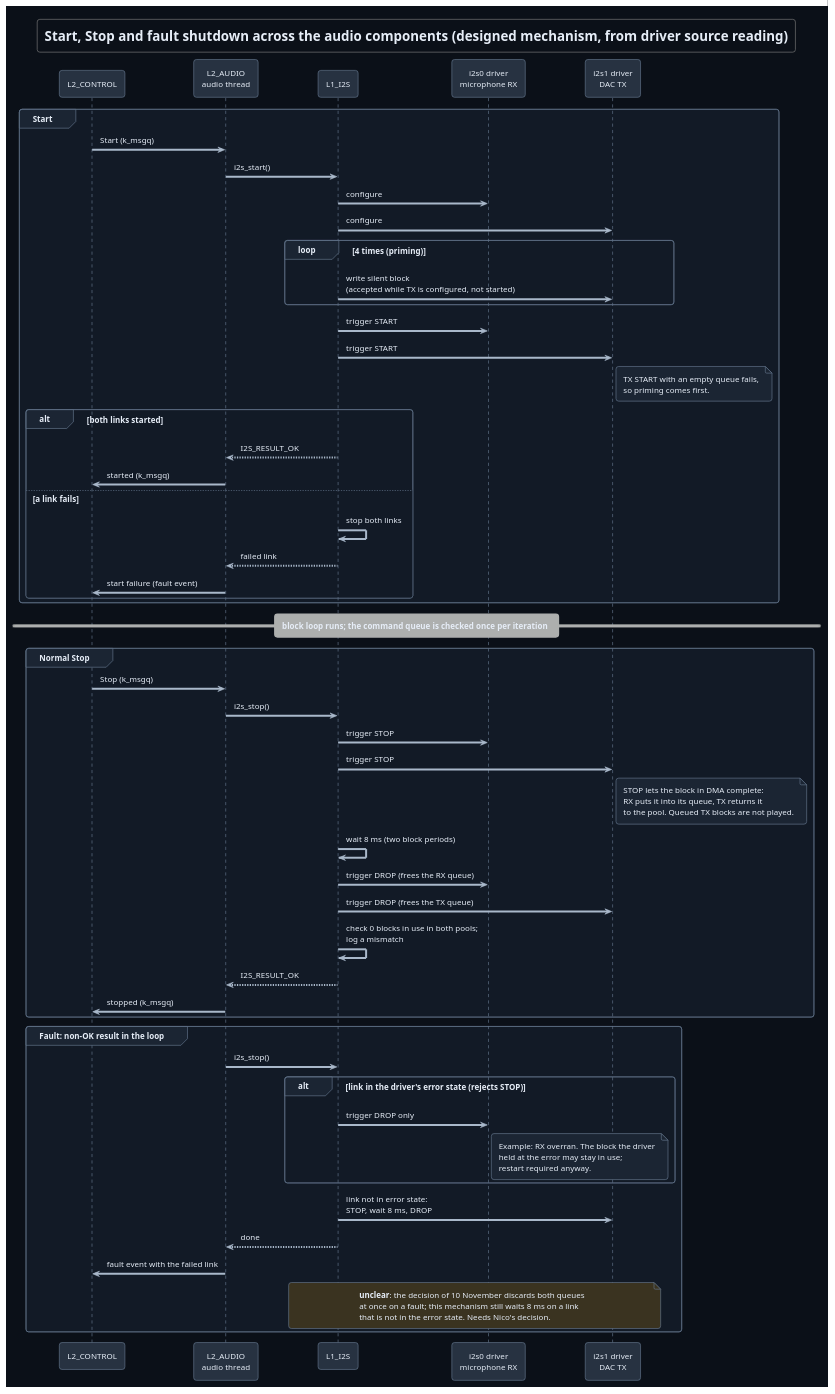
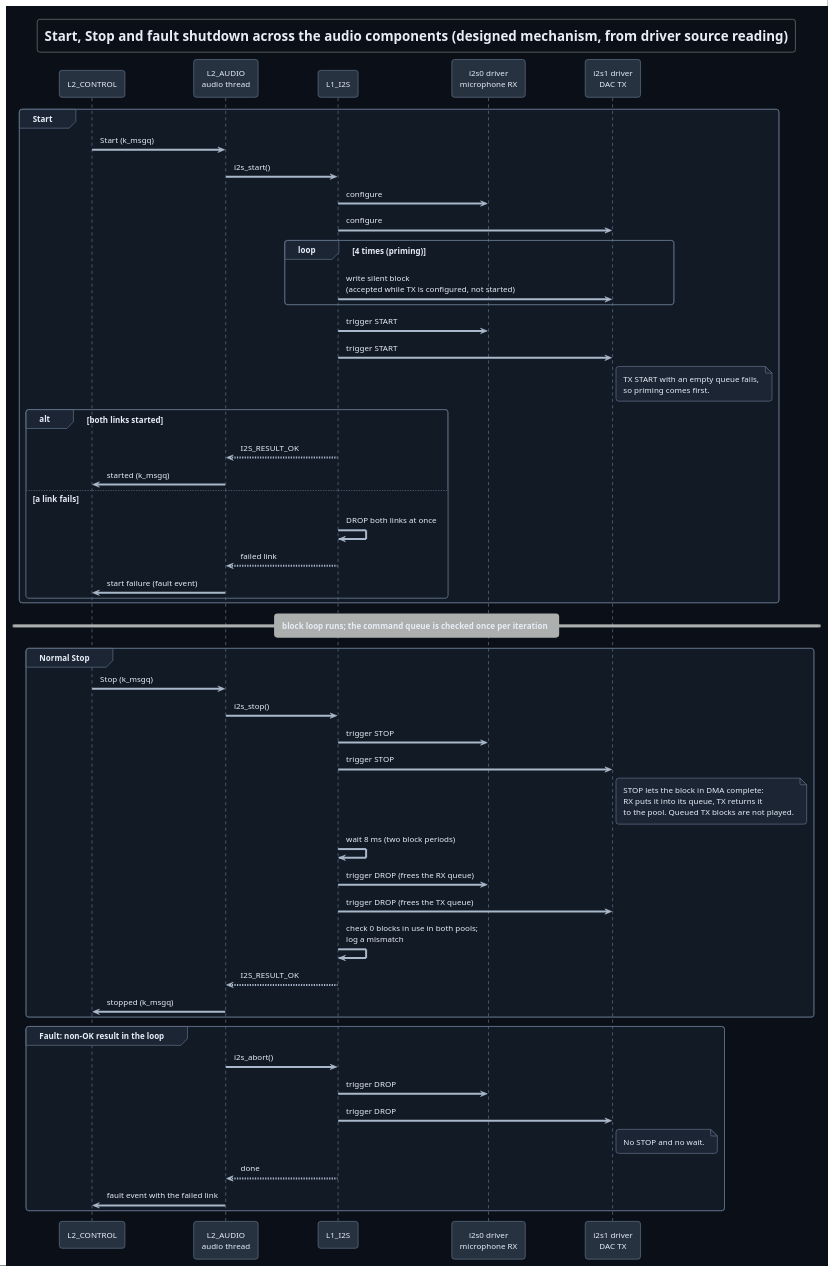
The diagram in Development/system/design/AUDIO/start-stop-sequence.puml (DemonicPsychoII/DigitalStethoscope), drawn with PlantUML before and after one commit. The commit also changed 7 other files, not shown here.

First line of the commit message:
TICKET-185: documentation: drop both audio links at once on any audio fault and defer all four non-audio restart-required errors during listening

```diff
--- a/Development/system/design/AUDIO/start-stop-sequence.puml
+++ b/Development/system/design/AUDIO/start-stop-sequence.puml
@@ -1,95 +1,86 @@
 @startuml start_stop_sequence
 !theme cyborg
 !pragma layout smetana
 skinparam shadowing false
 skinparam defaultFontName SansSerif
 skinparam backgroundColor #0b1018
 skinparam defaultFontColor #e6edf7
 skinparam ArrowColor #a9b8ca
 skinparam ArrowFontColor #e6edf7
 skinparam sequence {
  ParticipantBackgroundColor #273241
  ParticipantBorderColor #61738a
  ParticipantFontColor #e6edf7
  LifeLineBorderColor #61738a
  GroupBorderColor #61738a
  GroupHeaderFontColor #e6edf7
  GroupBackgroundColor #1b2533
 }
 skinparam sequenceGroupBodyBackGroundColor #121a26
 skinparam note {
  BackgroundColor #1b2533
  BorderColor #61738a
  FontColor #e6edf7
 }
 title Start, Stop and fault shutdown across the audio components (designed mechanism, from driver source reading)
 participant "L2_CONTROL" as control
 participant "L2_AUDIO\naudio thread" as audio
 participant "L1_I2S" as transport
 participant "i2s0 driver\nmicrophone RX" as receiveDriver
 participant "i2s1 driver\nDAC TX" as transmitDriver
 
 group Start
   control -> audio : Start (k_msgq)
   audio -> transport : i2s_start()
   transport -> receiveDriver : configure
   transport -> transmitDriver : configure
   loop 4 times (priming)
     transport -> transmitDriver : write silent block\n(accepted while TX is configured, not started)
   end
   transport -> receiveDriver : trigger START
   transport -> transmitDriver : trigger START
   note right of transmitDriver
     TX START with an empty queue fails,
     so priming comes first.
   end note
   alt both links started
     transport --> audio : I2S_RESULT_OK
     audio -> control : started (k_msgq)
   else a link fails
-    transport -> transport : stop both links
+    transport -> transport : DROP both links at once
     transport --> audio : failed link
     audio -> control : start failure (fault event)
   end
 end
 
 == block loop runs; the command queue is checked once per iteration ==
 
 group Normal Stop
   control -> audio : Stop (k_msgq)
   audio -> transport : i2s_stop()
   transport -> receiveDriver : trigger STOP
   transport -> transmitDriver : trigger STOP
   note right of transmitDriver
     STOP lets the block in DMA complete:
     RX puts it into its queue, TX returns it
     to the pool. Queued TX blocks are not played.
   end note
   transport -> transport : wait 8 ms (two block periods)
   transport -> receiveDriver : trigger DROP (frees the RX queue)
   transport -> transmitDriver : trigger DROP (frees the TX queue)
   transport -> transport : check 0 blocks in use in both pools;\nlog a mismatch
   transport --> audio : I2S_RESULT_OK
   audio -> control : stopped (k_msgq)
 end
 
 group Fault: non-OK result in the loop
-  audio -> transport : i2s_stop()
-  alt link in the driver's error state (rejects STOP)
-    transport -> receiveDriver : trigger DROP only
-    note right of receiveDriver
-      Example: RX overran. The block the driver
-      held at the error may stay in use;
-      restart required anyway.
-    end note
-  end
-  transport -> transmitDriver : link not in error state:\nSTOP, wait 8 ms, DROP
+  audio -> transport : i2s_abort()
+  transport -> receiveDriver : trigger DROP
+  transport -> transmitDriver : trigger DROP
+  note right of transmitDriver
+    No STOP and no wait.
+  end note
   transport --> audio : done
   audio -> control : fault event with the failed link
-  note over transport, transmitDriver #3a3320
-    **unclear**: the decision of 10 November discards both queues
-    at once on a fault; this mechanism still waits 8 ms on a link
-    that is not in the error state. Needs Nico's decision.
-  end note
 end
 @enduml
```
